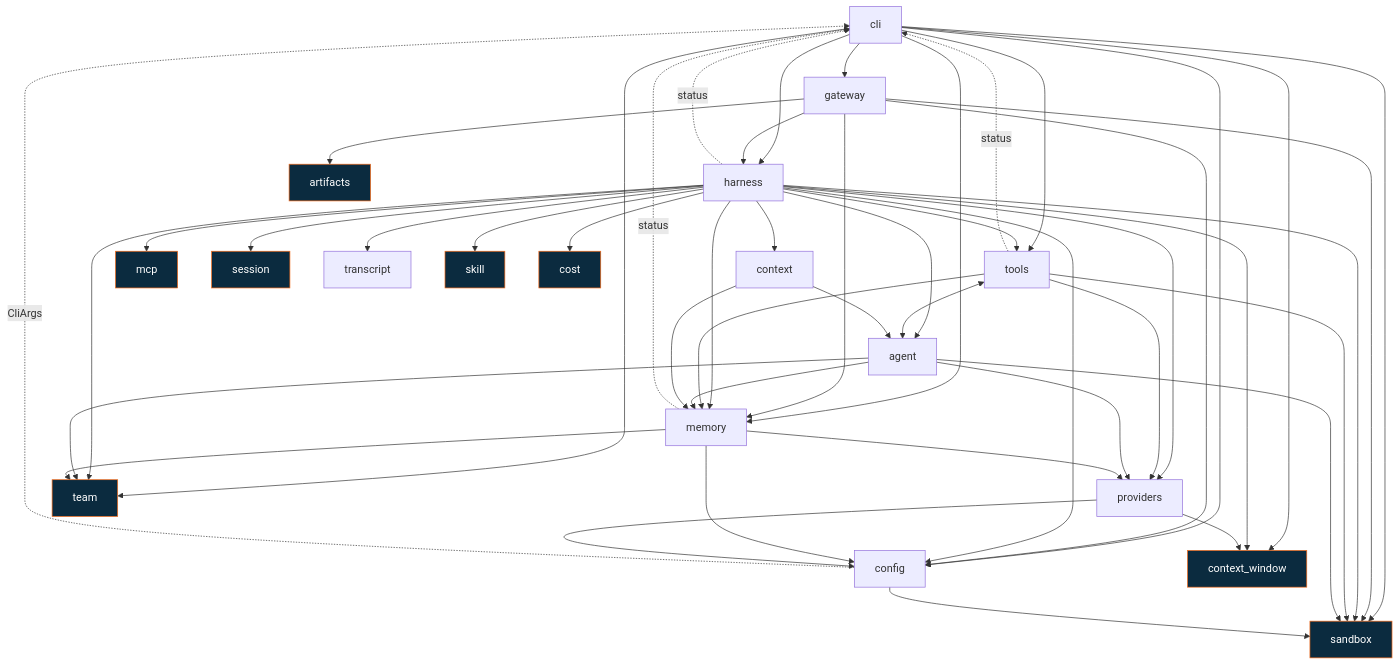
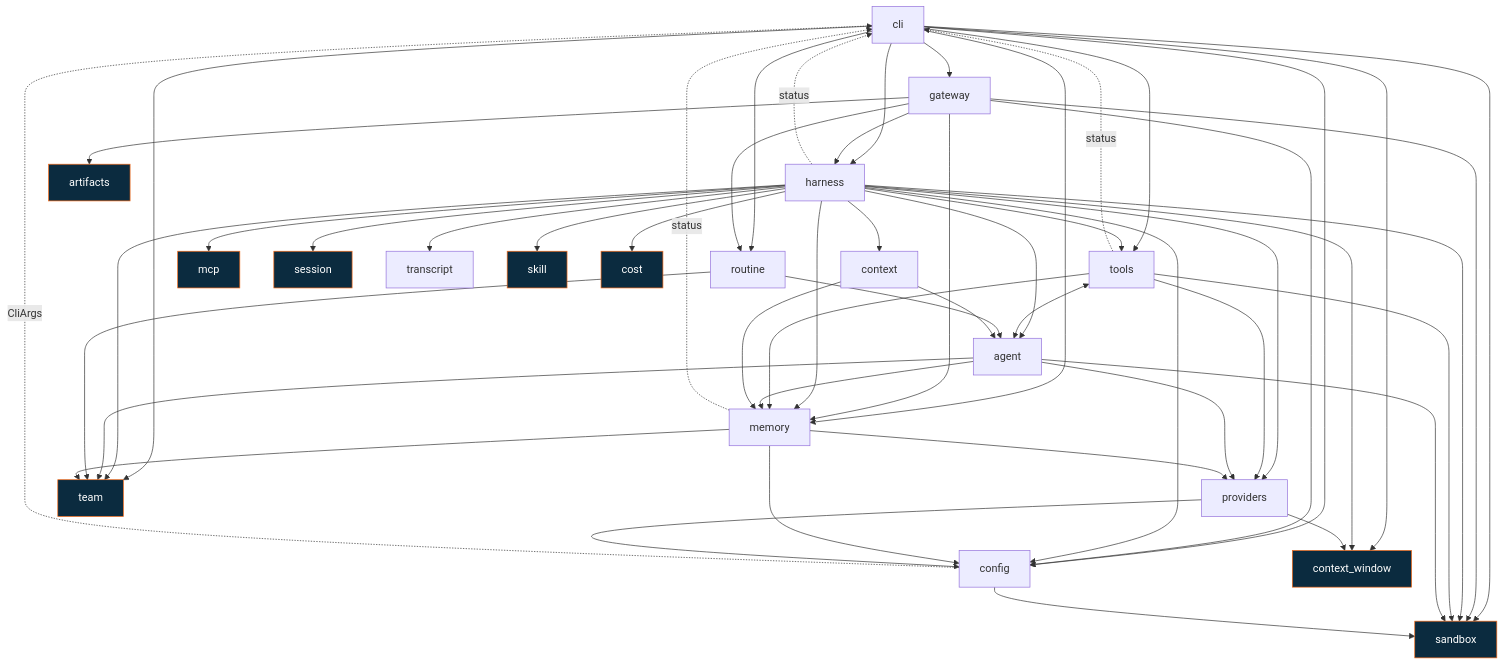
The diagram in docs/project-landscape.md (aekram43/momo-fetch), drawn with Mermaid before and after one commit. The commit also changed other lines of this file and 30 other files, not shown here.

```diff
--- a/docs/project-landscape.md
+++ b/docs/project-landscape.md
@@ -106,6 +107,7 @@
     providers[providers]
     config[config]
     team[team]
+    routine[routine]
     mcp[mcp]
     sandbox[sandbox]
     session[session]
@@ -121,11 +123,13 @@
     cli --> memory
     cli --> config
     cli --> team
+    cli --> routine
     cli --> sandbox
     cli --> cw
 
     gateway --> harness
     gateway --> artifacts
+    gateway --> routine
     gateway --> config
     gateway --> memory
     gateway --> sandbox
@@ -155,6 +159,9 @@
     agent --> sandbox
     agent --> team
 
+    routine --> team
+    routine --> agent
+
     context --> agent
     context --> memory
     memory --> config
```
